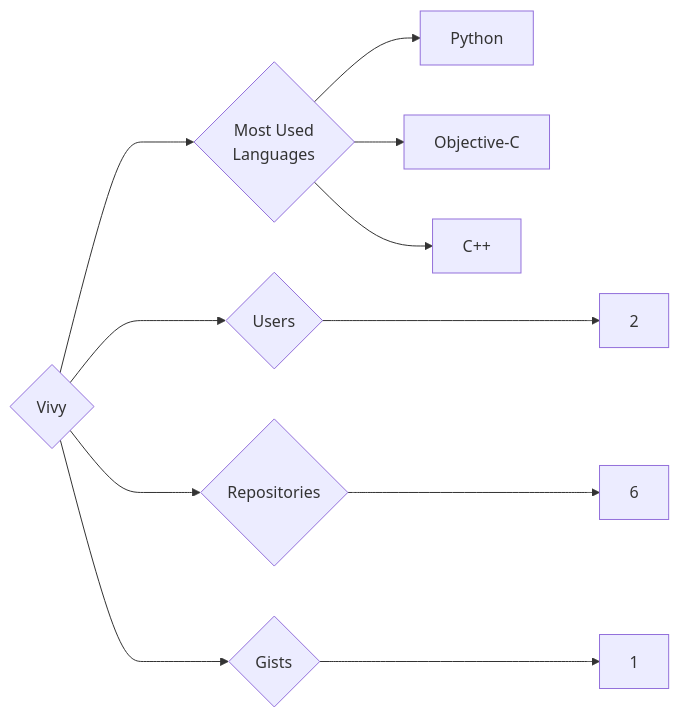
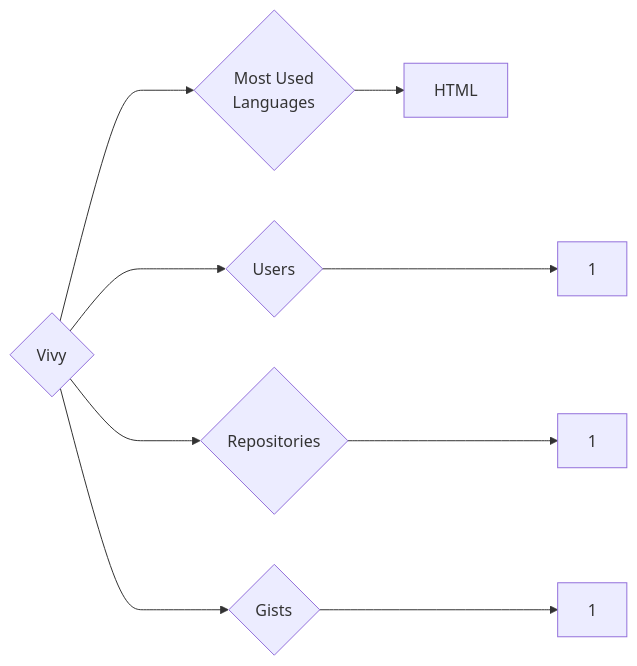
Before and after one commit to trickest/insiders: the diagram in targets/Vivy/README.md, drawn with Mermaid. The commit also changed 1484 other files, not shown here.

````diff
--- a/targets/Vivy/README.md
+++ b/targets/Vivy/README.md
@@ -3,11 +3,9 @@
 ```mermaid
 graph LR
 COMPANY_NAME{Vivy}
-COMPANY_NAME ---> U{Users} ---> UN[2]
-COMPANY_NAME ---> R{Repositories} ---> RN[6]
+COMPANY_NAME ---> U{Users} ---> UN[1]
+COMPANY_NAME ---> R{Repositories} ---> RN[1]
 COMPANY_NAME ---> G{Gists} ---> GN[1]
 COMPANY_NAME ---> ML{Most Used<br>Languages}
-ML --> Python[Python]
-ML --> Objective-C[Objective-C]
-ML --> C++[C++]
+ML --> HTML[HTML]
 ```
````
